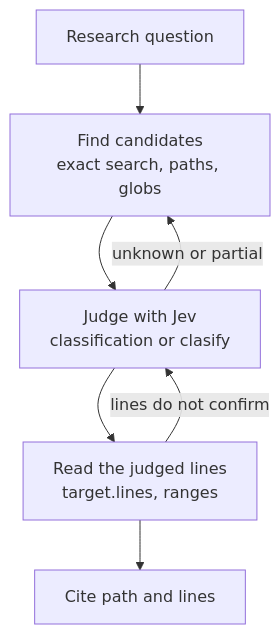
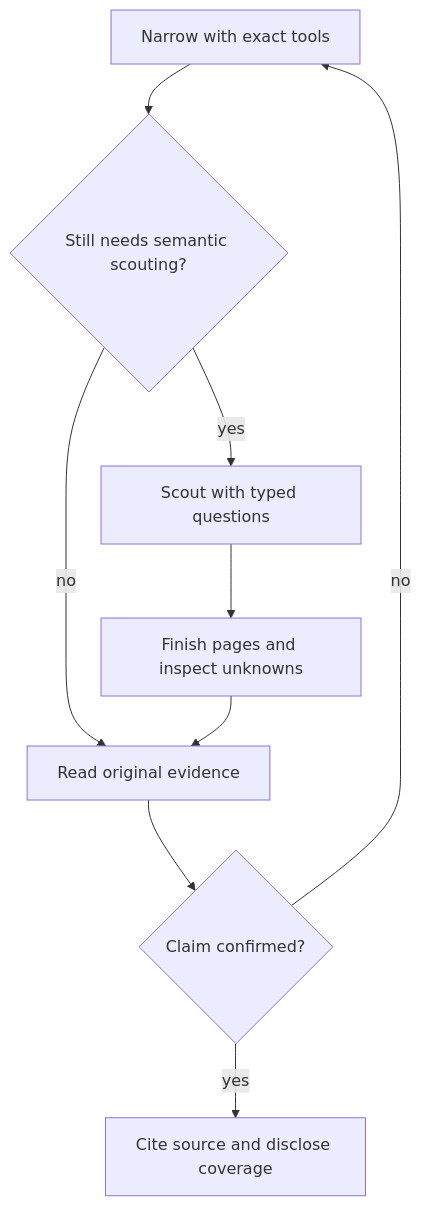
One commit to bgauryy/octocode changed the first of 9 diagrams in docs/OCTOCODE_CLASIFY.md. Above: the diagram before and after it, drawn with Mermaid. The commit also changed other lines of this file and 248 other files, not shown here.

````diff
--- a/docs/OCTOCODE_CLASIFY.md
+++ b/docs/OCTOCODE_CLASIFY.md
@@ -40,11 +45,13 @@
 ```mermaid
 flowchart TD
     accTitle: The research loop with Jev
-    accDescr: Find candidates with exact search, judge them with Jev, read the judged lines, and cite them. Unknown or partial results go back to search; lines that do not confirm the answer go back to judging.
-    Q["Research question"] --> F["Find candidates<br/>exact search, paths, globs"]
-    F --> J["Judge with Jev<br/>classification or clasify"]
-    J --> R["Read the judged lines<br/>target.lines, ranges"]
-    R --> C["Cite path and lines"]
-    J -- "unknown or partial" --> F
-    R -- "lines do not confirm" --> J
+    accDescr: Narrow with exact tools. Read directly when evidence is small; otherwise scout by meaning. Finish pending pages and inspect uncertainty, then read candidates and confirm the claim. Failed verification returns to narrowing.
+    F["Narrow with exact tools"] --> G{"Still needs semantic scouting?"}
+    G -- "no" --> R["Read original evidence"]
+    G -- "yes" --> J["Scout with typed questions"]
+    J --> P["Finish pages and inspect unknowns"]
+    P --> R
+    R --> V{"Claim confirmed?"}
+    V -- "yes" --> C["Cite source and disclose coverage"]
+    V -- "no" --> F
 ```
````
